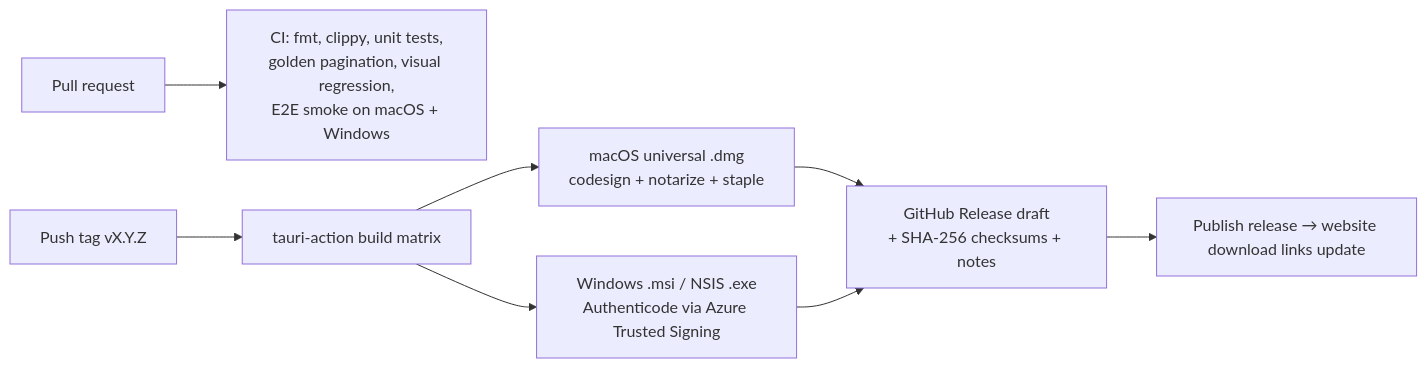
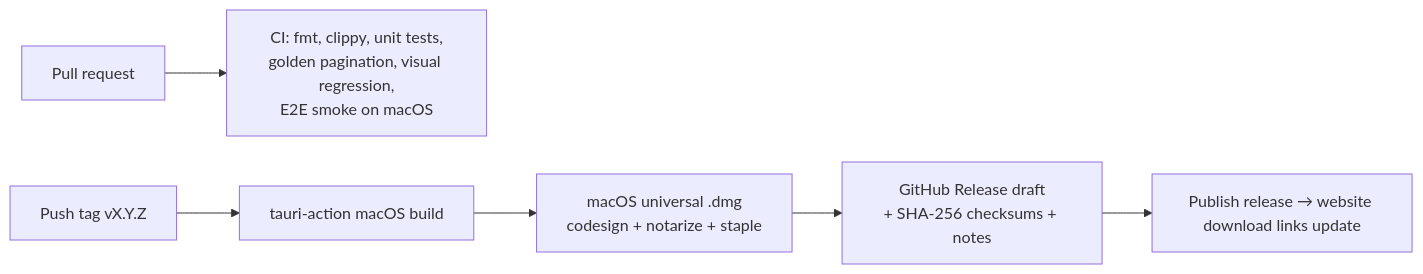
One commit to arjunacharya10/river-writer changed the diagram in docs/08-release-and-distribution.md. Above: the diagram before and after it, drawn with Mermaid. The commit also changed other lines of this file and 9 other files, not shown here.

Commit message:
Decision #36: focus on macOS and defer Windows

````diff
--- a/docs/08-release-and-distribution.md
+++ b/docs/08-release-and-distribution.md
@@ -52,10 +55,8 @@
 ```mermaid
 flowchart LR
-  PR[Pull request] --> CI[CI: fmt, clippy, unit tests,<br/>golden pagination, visual regression,<br/>E2E smoke on macOS + Windows]
-  TAG[Push tag vX.Y.Z] --> BUILD[tauri-action build matrix]
+  PR[Pull request] --> CI[CI: fmt, clippy, unit tests,<br/>golden pagination, visual regression,<br/>E2E smoke on macOS]
+  TAG[Push tag vX.Y.Z] --> BUILD[tauri-action macOS build]
   BUILD --> MAC[macOS universal .dmg<br/>codesign + notarize + staple]
-  BUILD --> WIN[Windows .msi / NSIS .exe<br/>Authenticode via Azure Trusted Signing]
   MAC --> REL[GitHub Release draft<br/>+ SHA-256 checksums + notes]
-  WIN --> REL
   REL --> PUB[Publish release → website download links update]
 ```
````
